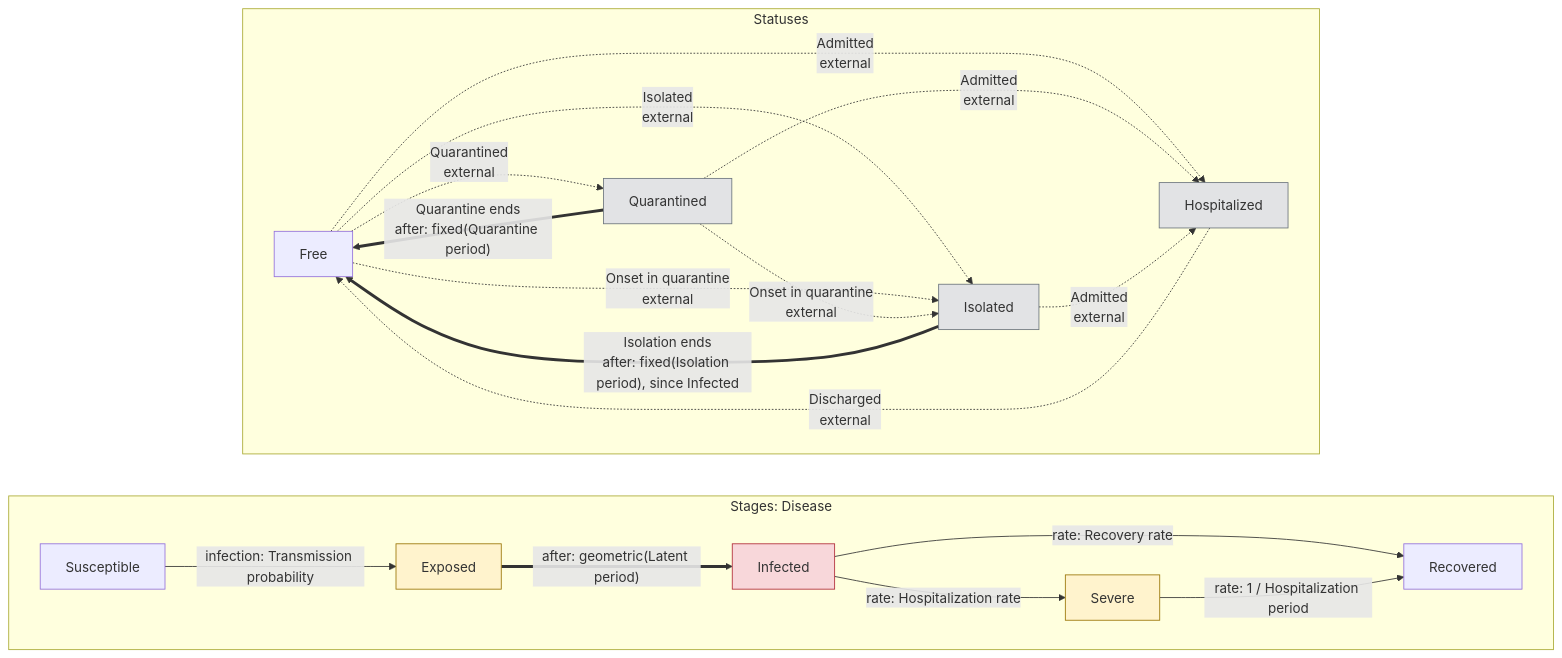
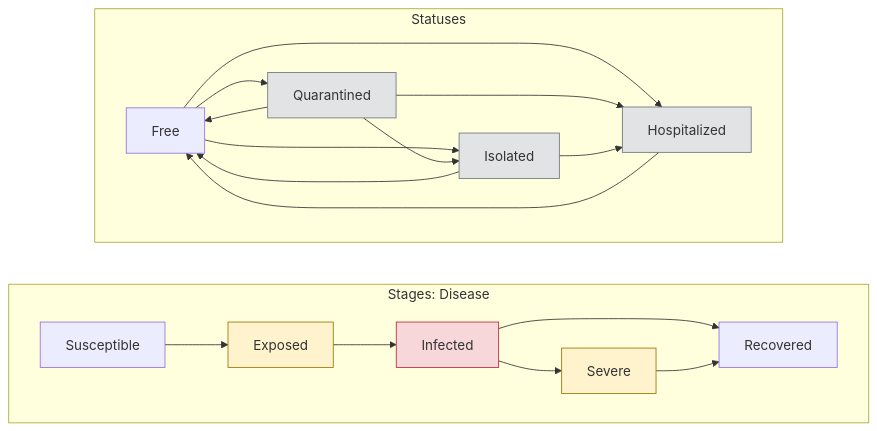
Before and after one commit to UofUEpiBio/epiworldpy: the diagram in epiworldpy/include/epiworld/models/seirquarantine.mmd, drawn with Mermaid. The commit also changed 16 other files, not shown here.

First line of the commit message:
Port epiworld NH-close: diagrams without transition labels (UofUEpiBio/epiworld#370)

```diff
--- a/epiworldpy/include/epiworld/models/seirquarantine.mmd
+++ b/epiworldpy/include/epiworld/models/seirquarantine.mmd
@@ -1,35 +1,34 @@
 %% Drawn from the model's declarations by `make diagrams`; do not edit.
 flowchart LR
     subgraph stages["Stages: Disease"]
         direction LR
         s0["Susceptible"]
         s1["Exposed"]:::carrier
         s2["Infected"]:::infectious
         s3["Severe"]:::carrier
         s4["Recovered"]
-        s0 -->|"infection: Transmission probability"| s1
-        s1 ==>|"after: geometric(Latent period)"| s2
-        s2 -->|"rate: Recovery rate"| s4
-        s2 -->|"rate: Hospitalization rate"| s3
-        s3 -->|"rate: 1 / Hospitalization period"| s4
+        s0 --> s1
+        s1 --> s2
+        s2 --> s4
+        s2 --> s3
+        s3 --> s4
     end
     subgraph statuses["Statuses"]
         direction LR
         q0["Free"]
         q1["Quarantined"]:::away
         q2["Isolated"]:::away
         q3["Hospitalized"]:::away
-        q0 -.->|"Quarantined<br>external"| q1
-        q1 ==>|"Quarantine ends<br>after: fixed(Quarantine period)"| q0
-        q0 -.->|"Isolated<br>external"| q2
-        q0 -.->|"Onset in quarantine<br>external"| q2
-        q1 -.->|"Onset in quarantine<br>external"| q2
-        q2 ==>|"Isolation ends<br>after: fixed(Isolation period), since Infected"| q0
-        q0 -.->|"Admitted<br>external"| q3
-        q1 -.->|"Admitted<br>external"| q3
-        q2 -.->|"Admitted<br>external"| q3
-        q3 -.->|"Discharged<br>external"| q0
+        q0 --> q1
+        q1 --> q0
+        q0 --> q2
+        q1 --> q2
+        q2 --> q0
+        q0 --> q3
+        q1 --> q3
+        q2 --> q3
+        q3 --> q0
     end
     classDef infectious fill:#f8d7da,stroke:#b02a37
     classDef carrier fill:#fff3cd,stroke:#997404
     classDef away fill:#e2e3e5,stroke:#6c757d
```
